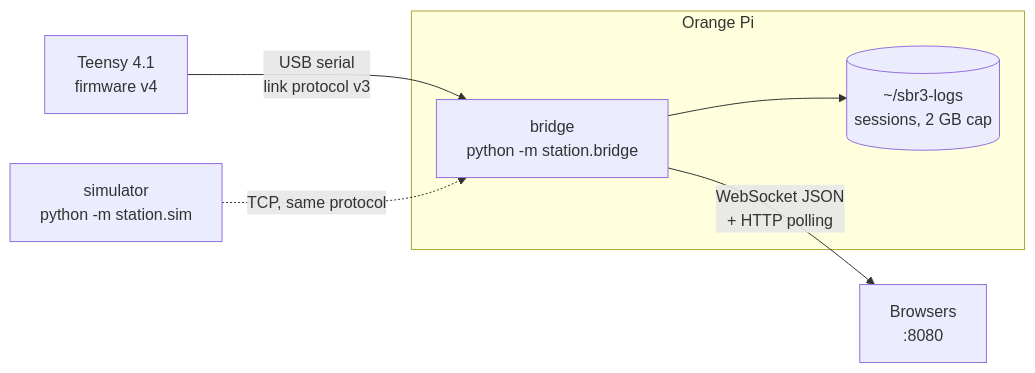
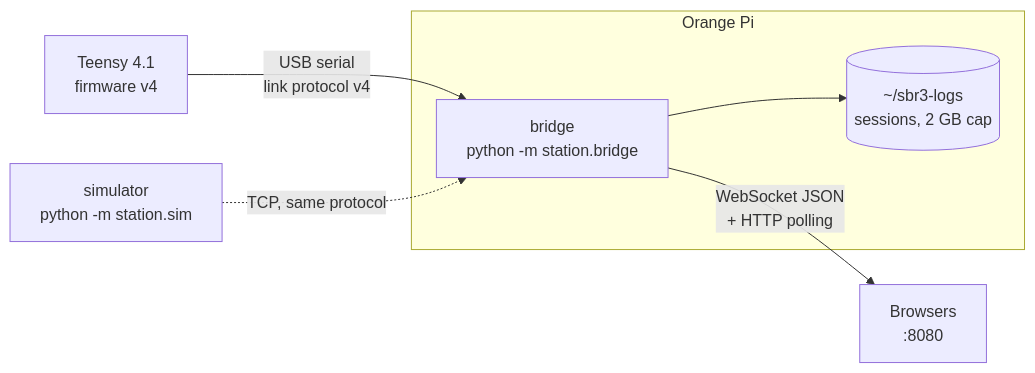
Before and after one commit to nespotts/self_balancing_robot_3: the first of 2 diagrams in station/README.md, drawn with Mermaid. The commit also changed other lines of this file and 34 other files, not shown here.

````diff
--- a/station/README.md
+++ b/station/README.md
@@ -14,9 +14,9 @@
 ```mermaid
 flowchart LR
-  T[Teensy 4.1<br>firmware v4] -- "USB serial<br>link protocol v3" --> B
+  T[Teensy 4.1<br>firmware v4] -- "USB serial<br>link protocol v4" --> B
   subgraph Pi[Orange Pi]
     B[bridge<br>python -m station.bridge] --> L[(~/sbr3-logs<br>sessions, 2 GB cap)]
   end
   B -- "WebSocket JSON<br>+ HTTP polling" --> W[Browsers<br>:8080]
   S[simulator<br>python -m station.sim] -. "TCP, same protocol" .-> B
 ```
````
